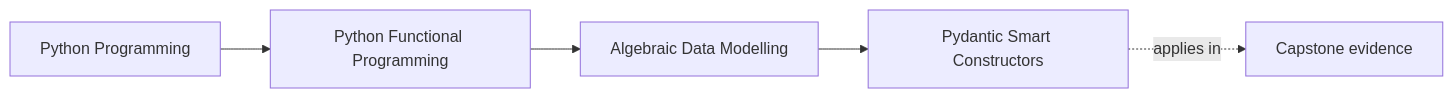
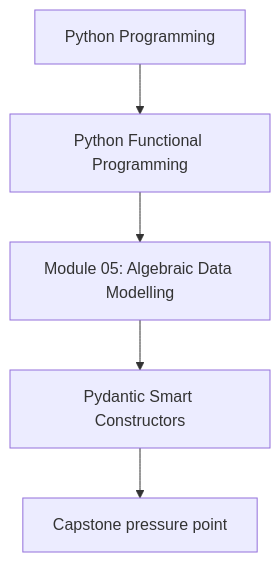
One commit to bijux/bijux-masterclass changed the first of 2 diagrams in programs/python-programming/python-functional-programming/course-book/module-05-algebraic-data-modelling/pydantic-smart-constructors.md. Above: the diagram before and after it, drawn with Mermaid. The commit also changed other lines of this file and 118 other files, not shown here.

Commit message:
docs(python-functional-programming): align concept page diagrams

````diff
--- a/programs/python-programming/python-functional-programming/course-book/module-05-algebraic-data-modelling/pydantic-smart-constructors.md
+++ b/programs/python-programming/python-functional-programming/course-book/module-05-algebraic-data-modelling/pydantic-smart-constructors.md
@@ -7,11 +7,7 @@
 ```mermaid
-graph LR
-  family["Python Programming"]
-  program["Python Functional Programming"]
-  section["Algebraic Data Modelling"]
-  page["Pydantic Smart Constructors"]
-  capstone["Capstone evidence"]
-
-  family --> program --> section --> page
-  page -.applies in.-> capstone
+flowchart TD
+  family["Python Programming"] --> program["Python Functional Programming"]
+  program --> module["Module 05: Algebraic Data Modelling"]
+  module --> concept["Pydantic Smart Constructors"]
+  concept --> capstone["Capstone pressure point"]
 ```
````
